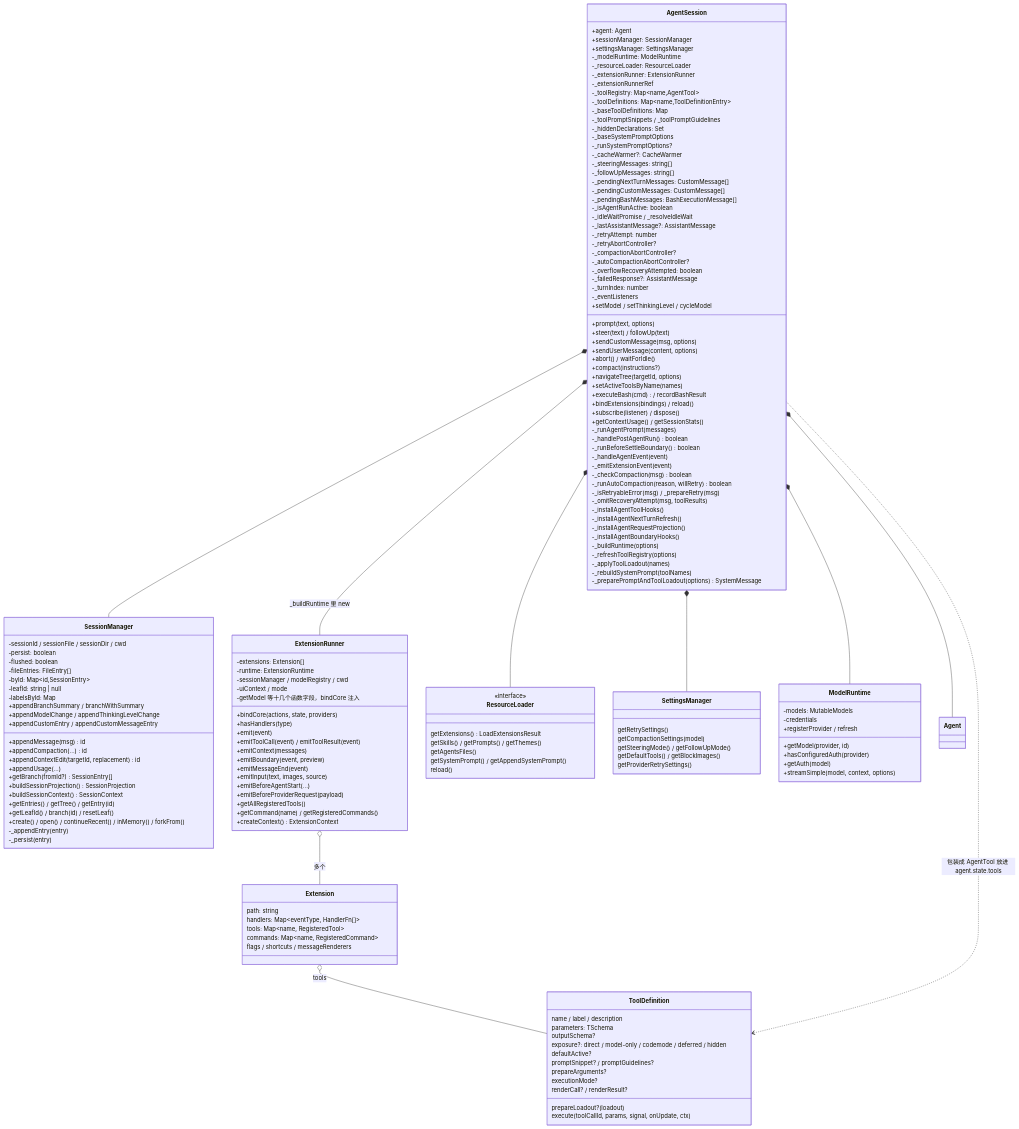
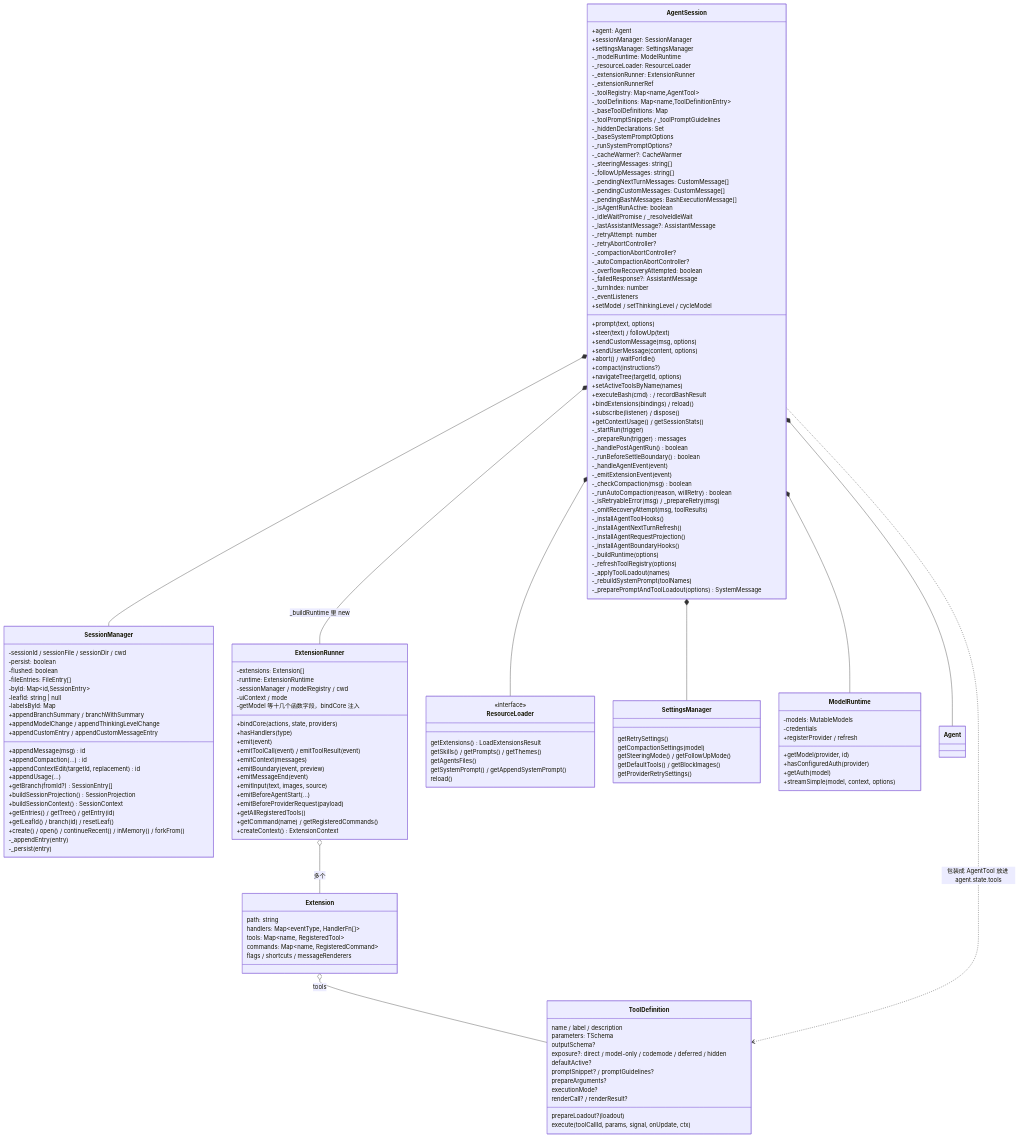
The seventh of 19 diagrams in src/content/post/agents-pi-mono/index.md (nickqiaoo/nickqiaoo.github.io), drawn with Mermaid before and after one commit. The commit also changed other lines of this file, not shown here.

```diff
--- a/src/content/post/agents-pi-mono/index.md
+++ b/src/content/post/agents-pi-mono/index.md
@@ -586,7 +591,8 @@
     +bindExtensions(bindings) / reload()
     +subscribe(listener) / dispose()
     +getContextUsage() / getSessionStats()
-    -_runAgentPrompt(messages)
+    -_startRun(trigger)
+    -_prepareRun(trigger) messages
     -_handlePostAgentRun() boolean
     -_runBeforeSettleBoundary() boolean
     -_handleAgentEvent(event)
```
